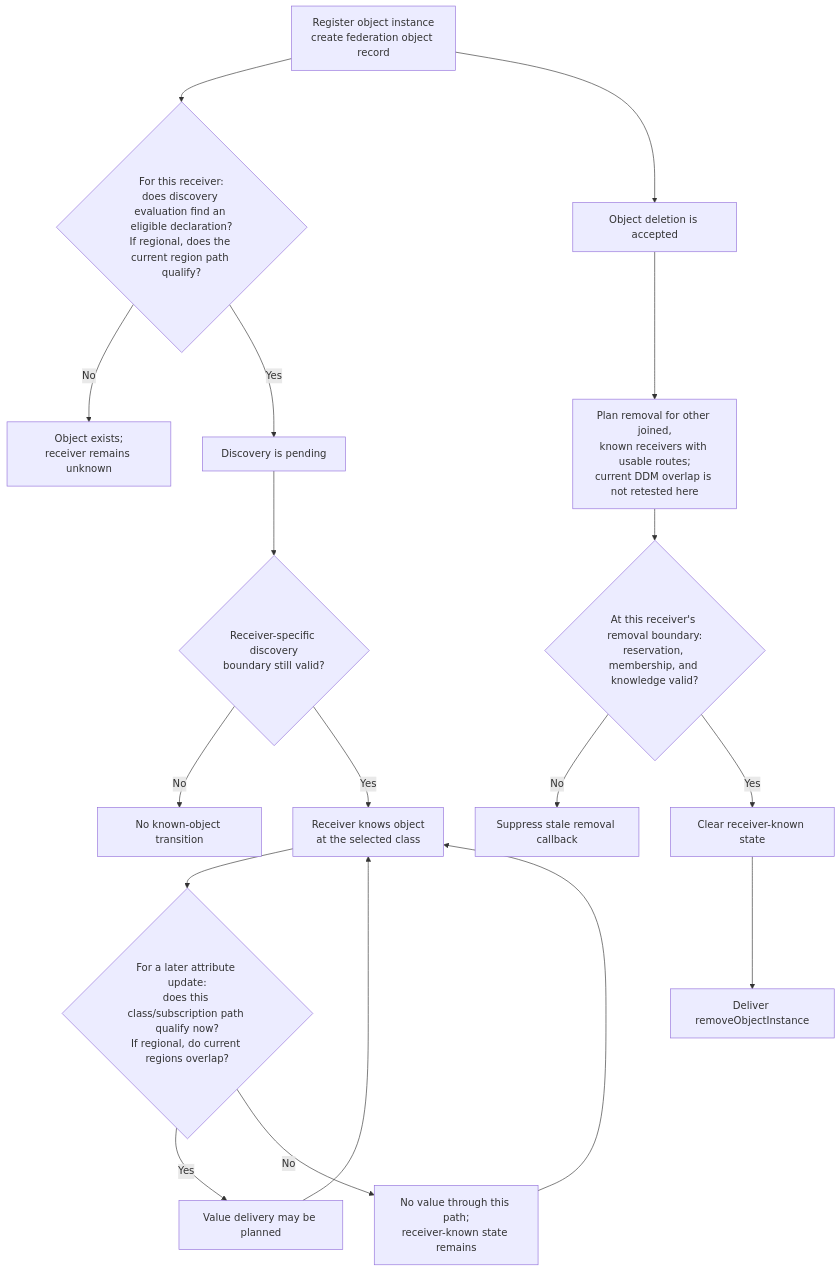
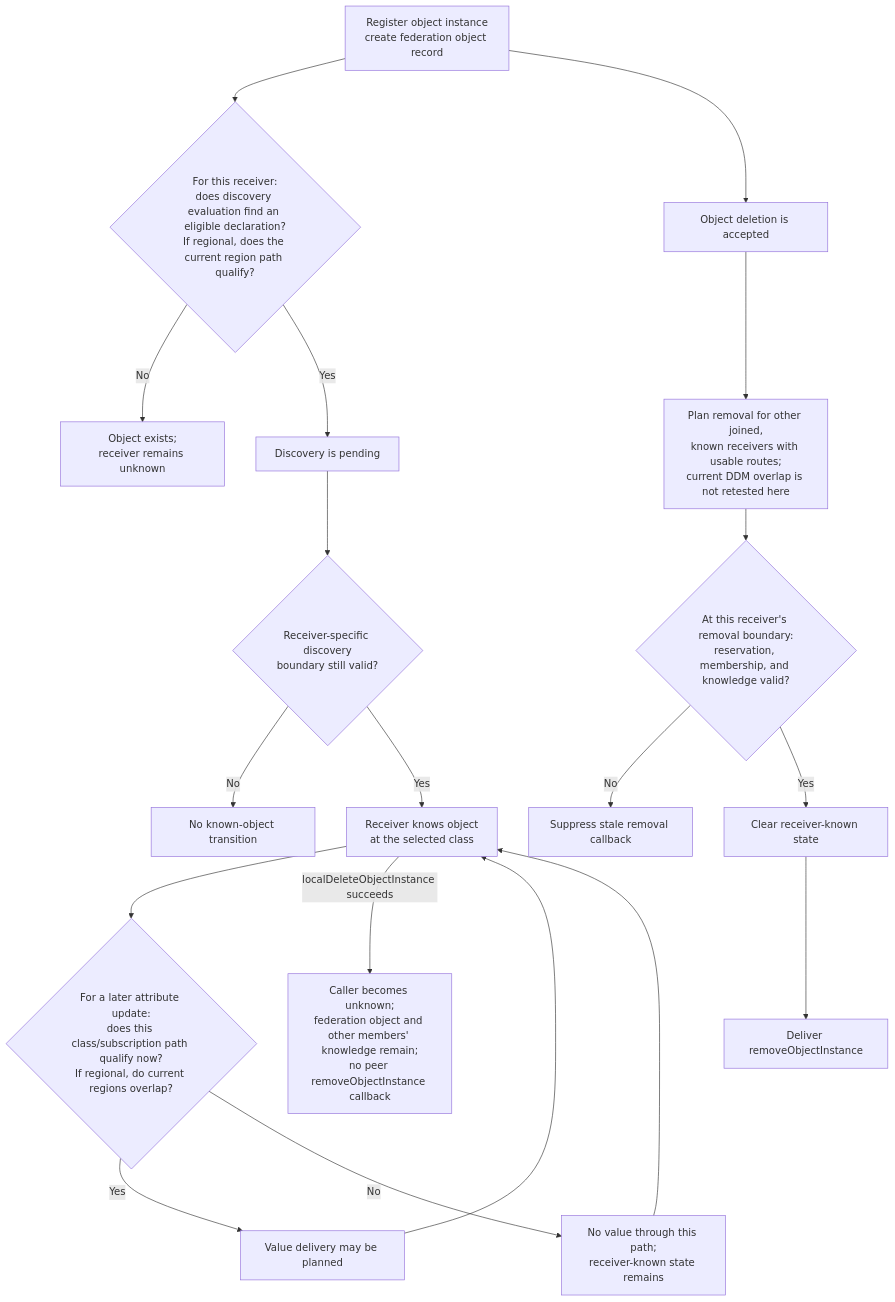
One commit to sheepfling/umbra changed the sixth of 32 diagrams in docs/design/HLA-2025-OBJECT-AND-INTERACTION-INFORMATION-FLOW-GUIDE.md. Above: the diagram before and after it, drawn with Mermaid. The commit also changed other lines of this file and 39 other files, not shown here.

Commit message:
Document IEEE 1516.1-2025 behavior flows

````diff
--- a/docs/design/HLA-2025-OBJECT-AND-INTERACTION-INFORMATION-FLOW-GUIDE.md
+++ b/docs/design/HLA-2025-OBJECT-AND-INTERACTION-INFORMATION-FLOW-GUIDE.md
@@ -415,20 +695,21 @@
 ```mermaid
 flowchart TD
   Register["Register object instance<br/>create federation object record"] --> Candidate{"For this receiver:<br/>does discovery evaluation find an eligible declaration?<br/>If regional, does the current region path qualify?"}
   Candidate -->|No| ExistsUnknown["Object exists;<br/>receiver remains unknown"]
   Candidate -->|Yes| Pending["Discovery is pending"]
   Pending --> Commit{"Receiver-specific discovery<br/>boundary still valid?"}
   Commit -->|No| NoCommit["No known-object transition"]
   Commit -->|Yes| Known["Receiver knows object<br/>at the selected class"]
   Known --> Update{"For a later attribute update:<br/>does this class/subscription path qualify now?<br/>If regional, do current regions overlap?"}
   Update -->|Yes| Value["Value delivery may be planned"]
   Update -->|No| OutOfScope["No value through this path;<br/>receiver-known state remains"]
   Value --> Known
   OutOfScope --> Known
+  Known -->|localDeleteObjectInstance succeeds| LocalForget["Caller becomes unknown;<br/>federation object and other members' knowledge remain;<br/>no peer removeObjectInstance callback"]
   Register --> Delete["Object deletion is accepted"]
   Delete --> Recipients["Plan removal for other joined,<br/>known receivers with usable routes;<br/>current DDM overlap is not retested here"]
   Recipients --> RemovalGate{"At this receiver's removal boundary:<br/>reservation, membership, and knowledge valid?"}
   RemovalGate -->|No| Suppress["Suppress stale removal callback"]
   RemovalGate -->|Yes| Forget["Clear receiver-known state"]
   Forget --> Remove["Deliver removeObjectInstance"]
 ```
````
